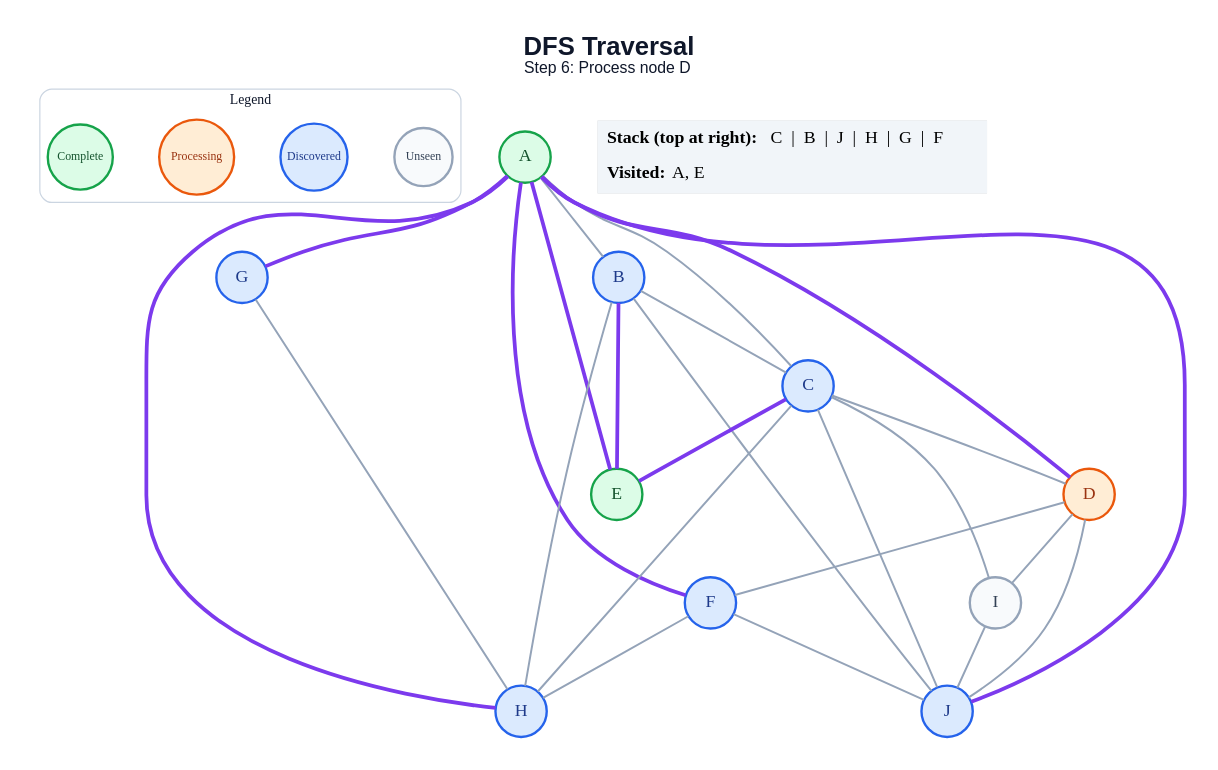
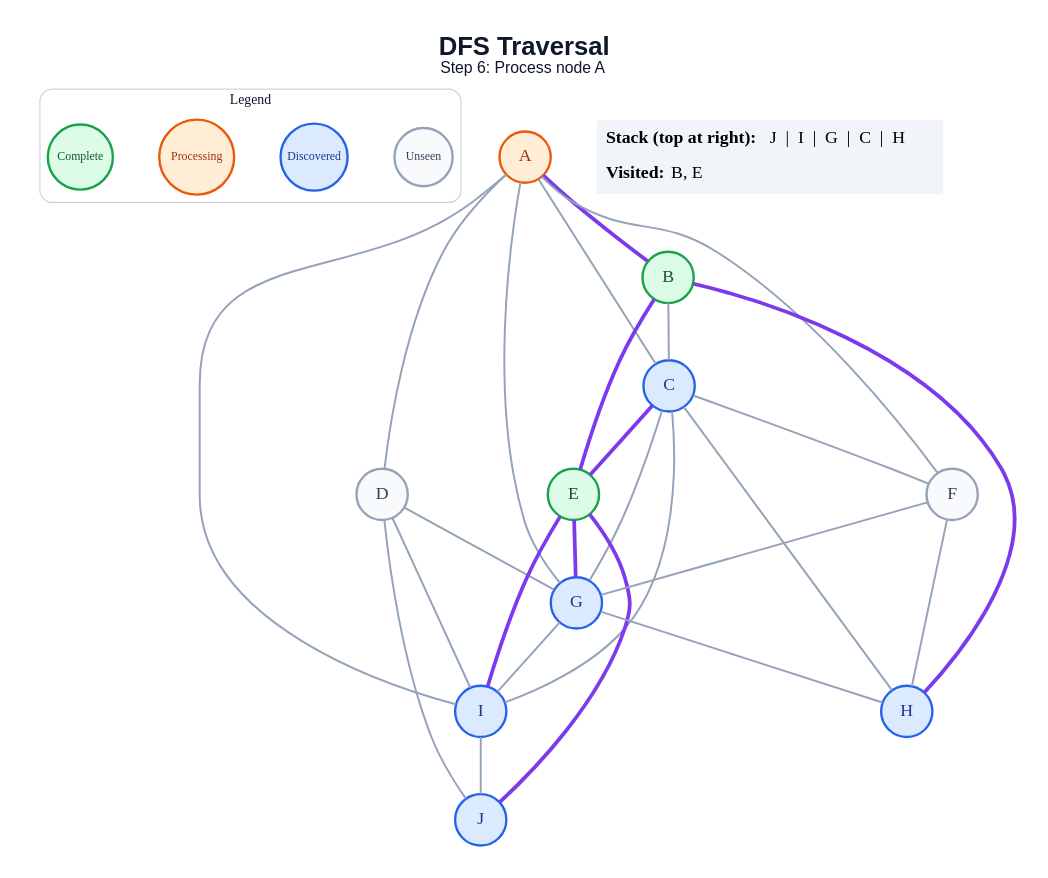
One commit to amanghodawala9/ai-slop changed the diagram in generated/specific-node/dfs/step_06.dot. Above: the diagram before and after it, drawn with Graphviz. The commit also changed 178 other files, not shown here.

```diff
--- a/generated/specific-node/dfs/step_06.dot
+++ b/generated/specific-node/dfs/step_06.dot
@@ -1,53 +1,54 @@
 graph traversal {
   graph [layout=dot, rankdir=TB, bgcolor="#FFFFFF", pad="0.35", nodesep="0.65", ranksep="0.8", fontname="Arial"];
   node [shape=circle, style="filled", fontname="Arial Bold", fontsize=18, width=0.72, fixedsize=true, penwidth=2.4];
   edge [color="#94A3B8", penwidth=2.0];
-  label=<<B>DFS Traversal</B><BR/><FONT POINT-SIZE="16">Step 6: Process node D</FONT>>; labelloc="t"; fontsize=26; fontname="Arial"; fontcolor="#0F172A";
+  label=<<B>DFS Traversal</B><BR/><FONT POINT-SIZE="16">Step 6: Process node A</FONT>>; labelloc="t"; fontsize=26; fontname="Arial"; fontcolor="#0F172A";
   subgraph cluster_legend { label="Legend"; color="#CBD5E1"; penwidth=1.2; style="rounded"; fontsize=14; fontname="Arial Bold";
     key_unseen [label="Unseen", fillcolor="#F8FAFC", color="#94A3B8", fontcolor="#334155", fontsize=12, width=0.82];
     key_frontier [label="Discovered", fillcolor="#DBEAFE", color="#2563EB", fontcolor="#1E3A8A", fontsize=12, width=0.95];
     key_current [label="Processing", fillcolor="#FFEDD5", color="#EA580C", fontcolor="#9A3412", fontsize=12, width=1.05];
     key_done [label="Complete", fillcolor="#DCFCE7", color="#16A34A", fontcolor="#14532D", fontsize=12, width=0.92];
     { rank=same; key_unseen; key_frontier; key_current; key_done; }
   }
-  A [fillcolor="#DCFCE7", color="#16A34A", fontcolor="#14532D"];
-  B [fillcolor="#DBEAFE", color="#2563EB", fontcolor="#1E3A8A"];
+  A [fillcolor="#FFEDD5", color="#EA580C", fontcolor="#9A3412"];
+  B [fillcolor="#DCFCE7", color="#16A34A", fontcolor="#14532D"];
   C [fillcolor="#DBEAFE", color="#2563EB", fontcolor="#1E3A8A"];
-  D [fillcolor="#FFEDD5", color="#EA580C", fontcolor="#9A3412"];
+  D [fillcolor="#F8FAFC", color="#94A3B8", fontcolor="#334155"];
   E [fillcolor="#DCFCE7", color="#16A34A", fontcolor="#14532D"];
-  F [fillcolor="#DBEAFE", color="#2563EB", fontcolor="#1E3A8A"];
+  F [fillcolor="#F8FAFC", color="#94A3B8", fontcolor="#334155"];
   G [fillcolor="#DBEAFE", color="#2563EB", fontcolor="#1E3A8A"];
   H [fillcolor="#DBEAFE", color="#2563EB", fontcolor="#1E3A8A"];
-  I [fillcolor="#F8FAFC", color="#94A3B8", fontcolor="#334155"];
+  I [fillcolor="#DBEAFE", color="#2563EB", fontcolor="#1E3A8A"];
   J [fillcolor="#DBEAFE", color="#2563EB", fontcolor="#1E3A8A"];
-  A -- B;
+  A -- B [color="#7C3AED", penwidth=3.8];
   A -- C;
-  A -- D [color="#7C3AED", penwidth=3.8];
-  A -- E [color="#7C3AED", penwidth=3.8];
-  A -- F [color="#7C3AED", penwidth=3.8];
-  A -- G [color="#7C3AED", penwidth=3.8];
-  A -- H [color="#7C3AED", penwidth=3.8];
-  A -- J [color="#7C3AED", penwidth=3.8];
+  A -- D;
+  A -- F;
+  A -- G;
+  A -- I;
   B -- C;
   B -- E [color="#7C3AED", penwidth=3.8];
-  B -- H;
-  B -- J;
-  C -- D;
+  B -- H [color="#7C3AED", penwidth=3.8];
   C -- E [color="#7C3AED", penwidth=3.8];
+  C -- F;
+  C -- G;
   C -- H;
   C -- I;
-  C -- J;
-  D -- F;
+  D -- G;
   D -- I;
   D -- J;
+  E -- G [color="#7C3AED", penwidth=3.8];
+  E -- I [color="#7C3AED", penwidth=3.8];
+  E -- J [color="#7C3AED", penwidth=3.8];
+  F -- G;
   F -- H;
-  F -- J;
   G -- H;
+  G -- I;
   I -- J;
   status [shape=plain, fixedsize=false, width=0, height=0, margin=0, label=<
     <TABLE BORDER="0" CELLBORDER="0" CELLPADDING="7" BGCOLOR="#F1F5F9">
-      <TR><TD ALIGN="LEFT"><B>Stack (top at right):</B> C  |  B  |  J  |  H  |  G  |  F</TD></TR>
-      <TR><TD ALIGN="LEFT"><B>Visited:</B> A, E</TD></TR>
+      <TR><TD ALIGN="LEFT"><B>Stack (top at right):</B> J  |  I  |  G  |  C  |  H</TD></TR>
+      <TR><TD ALIGN="LEFT"><B>Visited:</B> B, E</TD></TR>
     </TABLE>
   >];
 }
```
